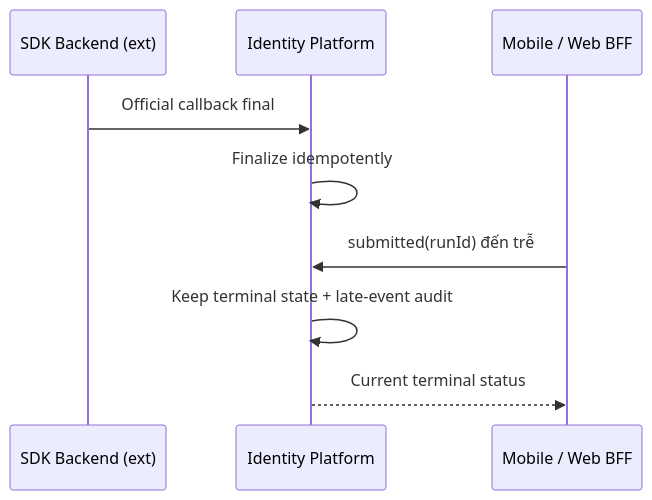
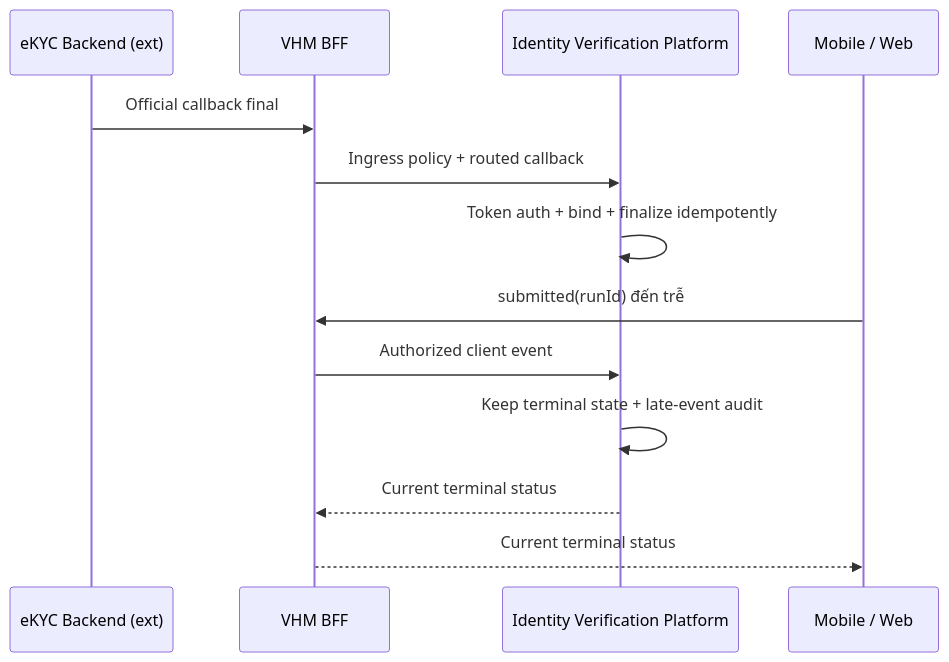
One commit to huynv-xyz/vhm changed diagram 18 of 23 in README.md. Above: the diagram before and after it, drawn with Mermaid. The commit also changed other lines of this file, not shown here.

````diff
--- a/README.md
+++ b/README.md
@@ -1878,11 +2032,15 @@
 ```mermaid
 sequenceDiagram
-    participant BACKEND as SDK Backend (ext)
-    participant IV as Identity Platform
-    participant CLIENT as Mobile / Web BFF
-    BACKEND->>IV: Official callback final
-    IV->>IV: Finalize idempotently
-    CLIENT->>IV: submitted(runId) đến trễ
+    participant BACKEND as eKYC Backend (ext)
+    participant BFF as VHM BFF
+    participant IV as Identity Verification Platform
+    participant CLIENT as Mobile / Web
+    BACKEND->>BFF: Official callback final
+    BFF->>IV: Ingress policy + routed callback
+    IV->>IV: Token auth + bind + finalize idempotently
+    CLIENT->>BFF: submitted(runId) đến trễ
+    BFF->>IV: Authorized client event
     IV->>IV: Keep terminal state + late-event audit
-    IV-->>CLIENT: Current terminal status
+    IV-->>BFF: Current terminal status
+    BFF-->>CLIENT: Current terminal status
 ```
````
